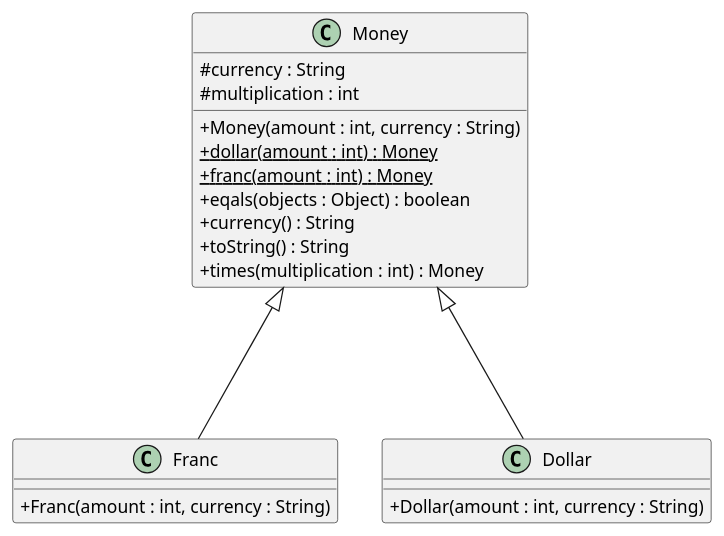
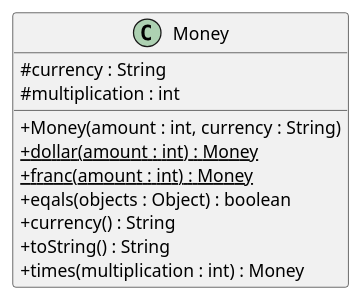
One commit to NOHYC/TDD_project changed the diagram in ClassDiagram.puml. Above: the diagram before and after it, drawn with PlantUML. The commit also changed 9 other files, not shown here.

```diff
--- a/ClassDiagram.puml
+++ b/ClassDiagram.puml
@@ -1,32 +1,21 @@
 @startuml
 'https://plantuml.com/class-diagram
 skinparam classAttributeIconSize 0
 /' 10장
 '/
 class Money
-class Franc
-class Dollar
-
-Money <|--- Franc
-Money <|--- Dollar
 
 class Money{
  #currency : String
  #multiplication : int
  +Money(amount : int, currency : String)
  +dollar(amount : int) : {static} Money
  +franc(amount : int) : {static} Money
  +eqals(objects : Object) : boolean
  +currency() : String
  +toString() : String
  +times(multiplication : int) : Money
 }
-class Dollar{
- +Dollar(amount : int, currency : String)
-}
-class Franc{
- +Franc(amount : int, currency : String)
 
-}
 
 @enduml
```
